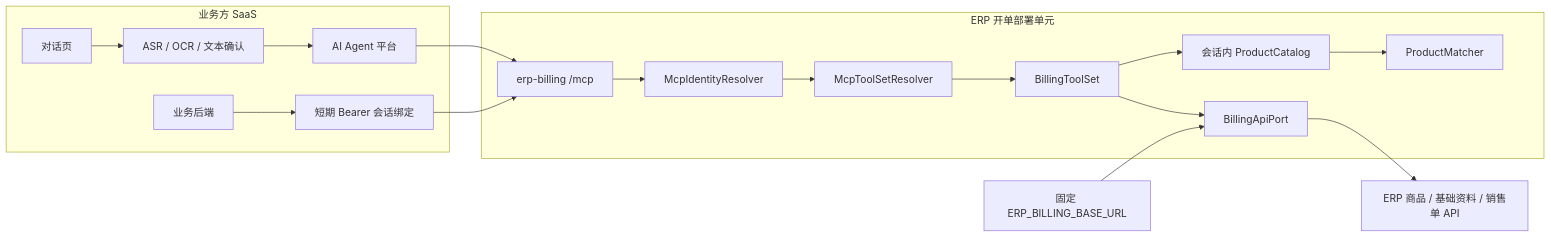
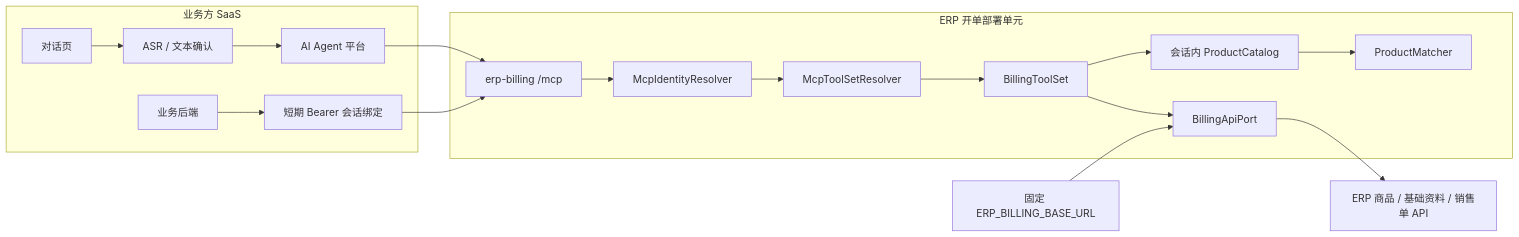
Before and after one commit to 757607106/gjp-cyb-mcp: the first of 4 diagrams in docs/architecture/architecture-diagrams.md, drawn with Mermaid. The commit also changed other lines of this file and 10 other files, not shown here.

First line of the commit message:
隐藏列表系统字段并合并多模态图片识别提示词

````diff
--- a/docs/architecture/architecture-diagrams.md
+++ b/docs/architecture/architecture-diagrams.md
@@ -7,28 +7,28 @@
 ```mermaid
 flowchart LR
     subgraph Business["业务方 SaaS"]
         Page["对话页"]
-        Media["ASR / OCR / 文本确认"]
+        Media["ASR / 文本确认"]
         Backend["业务后端"]
         Agent["AI Agent 平台"]
         Page --> Media --> Agent
         Backend --> Binding["短期 Bearer 会话绑定"]
     end
 
     subgraph Billing["ERP 开单部署单元"]
         MCP["erp-billing /mcp"]
         Identity["McpIdentityResolver"]
         Resolver["McpToolSetResolver"]
         Tools["BillingToolSet"]
         Catalog["会话内 ProductCatalog"]
         Matcher["ProductMatcher"]
         Port["BillingApiPort"]
     end
 
     Agent --> MCP
     Binding --> MCP
     MCP --> Identity --> Resolver --> Tools
     Tools --> Catalog --> Matcher
     FixedUrl["固定 ERP_BILLING_BASE_URL"] --> Port
     Tools --> Port --> ERP["ERP 商品 / 基础资料 / 销售单 API"]
 ```
````
